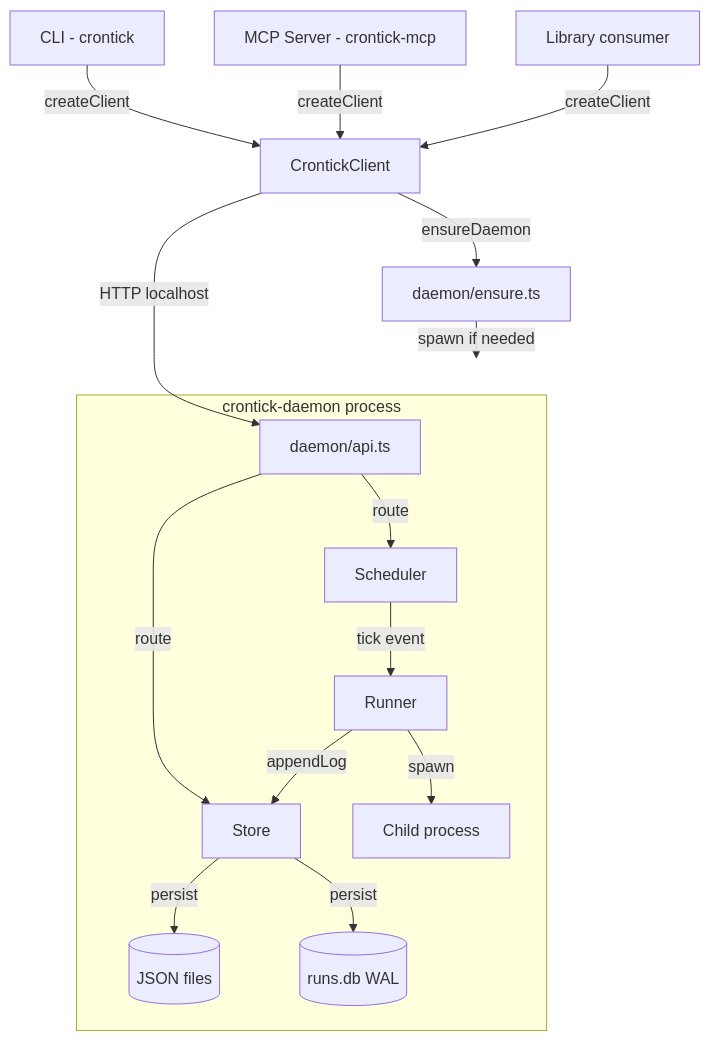
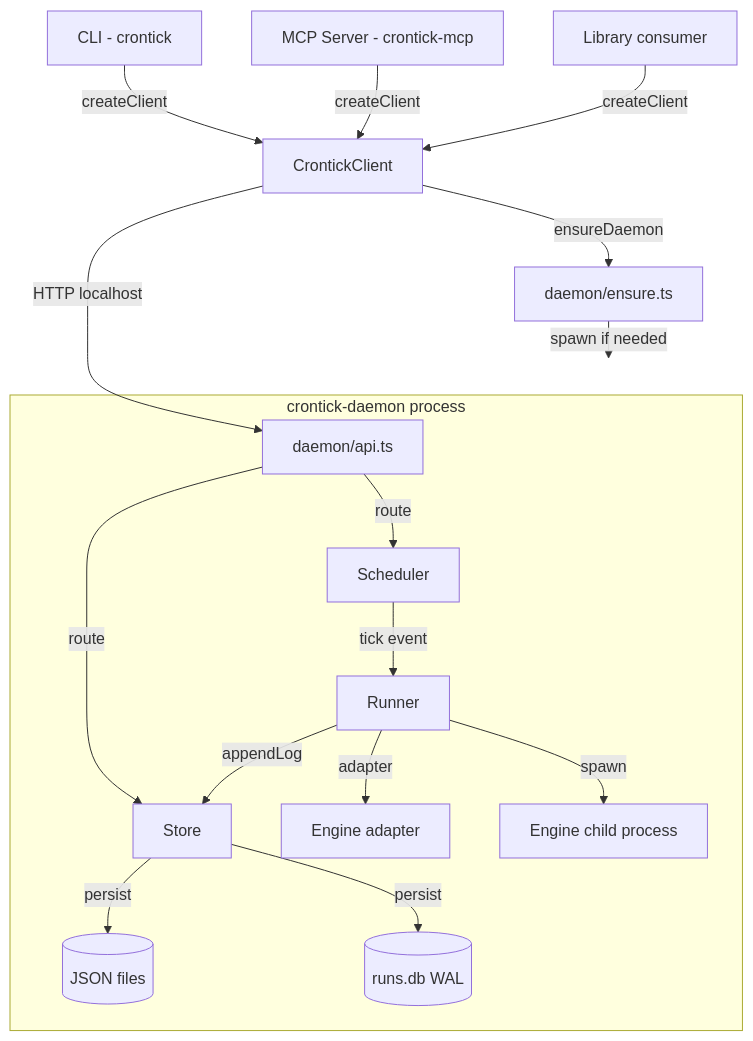
The diagram in docs/architecture.md (tejitpabari99/crontick), drawn with Mermaid before and after one commit. The commit also changed other lines of this file and 29 other files, not shown here.

````diff
--- a/docs/architecture.md
+++ b/docs/architecture.md
@@ -147,21 +41,22 @@
 ```mermaid
 flowchart TD
     CLI[CLI - crontick] -->|createClient| Client[CrontickClient]
     MCP[MCP Server - crontick-mcp] -->|createClient| Client
     LIB[Library consumer] -->|createClient| Client
 
     Client -->|ensureDaemon| Ensure[daemon/ensure.ts]
     Ensure -->|spawn if needed| Daemon
 
     Client -->|HTTP localhost| API[daemon/api.ts]
 
     subgraph Daemon[crontick-daemon process]
         API -->|route| Store[Store]
         API -->|route| Sched[Scheduler]
         Store -->|persist| FS[(JSON files)]
         Store -->|persist| SQLite[(runs.db WAL)]
         Sched -->|tick event| Runner[Runner]
-        Runner -->|spawn| Child[Child process]
+        Runner -->|adapter| Engine[Engine adapter]
+        Runner -->|spawn| Child[Engine child process]
         Runner -->|appendLog| Store
     end
 ```
````
